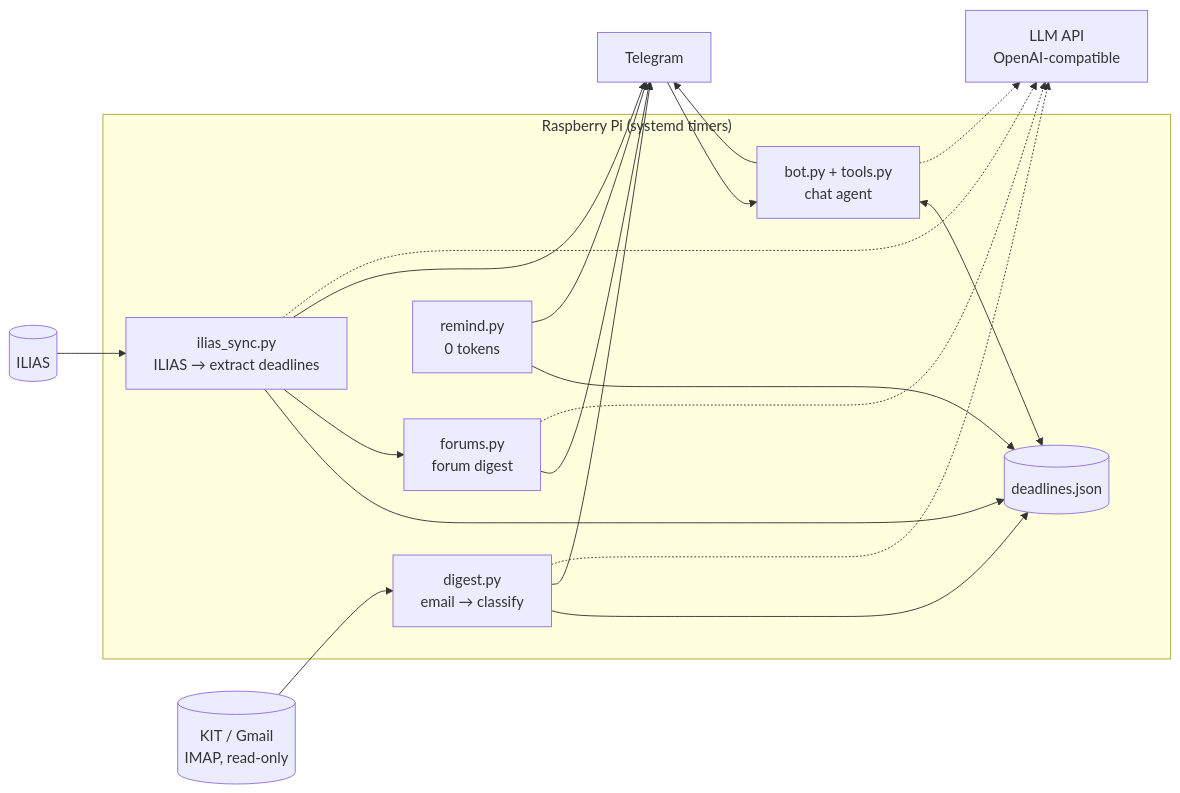
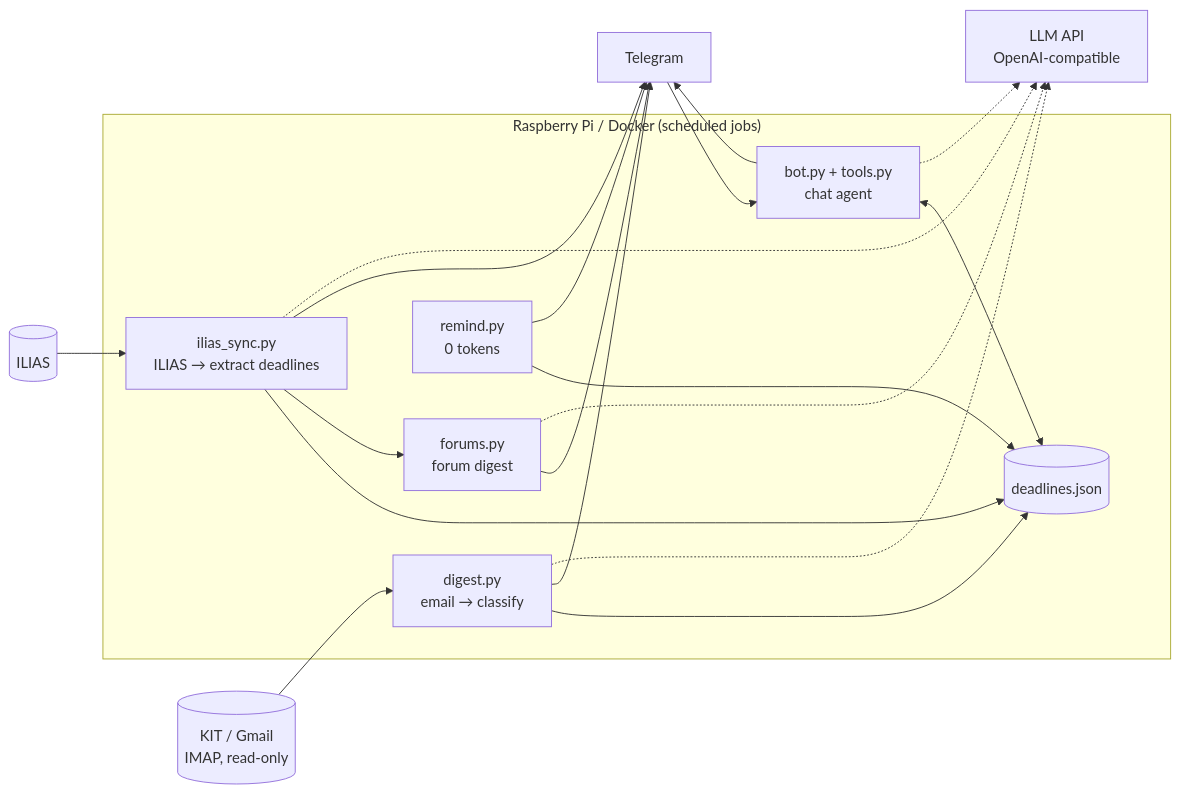
Before and after one commit to lattiezhao-a11y/kit-study-assistant: the diagram in README.md, drawn with Mermaid. The commit also changed other lines of this file and 15 other files, not shown here.

````diff
--- a/README.md
+++ b/README.md
@@ -63,15 +65,15 @@
 ```mermaid
 flowchart LR
-    subgraph Pi["Raspberry Pi (systemd timers)"]
+    subgraph Pi["Raspberry Pi / Docker (scheduled jobs)"]
         D[digest.py<br/>email → classify] --> S[(deadlines.json)]
         I[ilias_sync.py<br/>ILIAS → extract deadlines] --> S
         I --> F[forums.py<br/>forum digest]
         R[remind.py<br/>0 tokens] --> S
         B[bot.py + tools.py<br/>chat agent] <--> S
     end
     IMAP[(KIT / Gmail<br/>IMAP, read-only)] --> D
     ILIAS[(ILIAS)] --> I
     D & I & F & R & B --> TG[Telegram]
     TG --> B
     D & I & F & B -.-> LLM[LLM API<br/>OpenAI-compatible]
 ```
````
